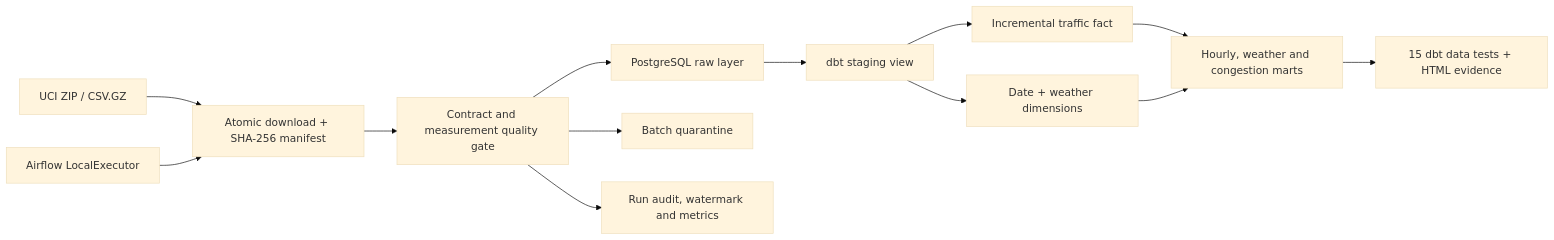
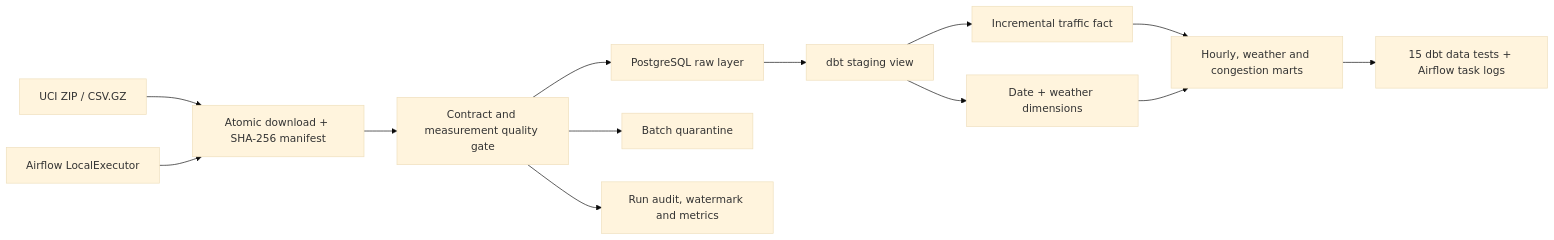
The diagram in README.md (npgb2505/traffic-data-warehouse-local), drawn with Mermaid (base theme) before and after one commit. The commit also changed other lines of this file and 4 other files, not shown here.

Commit message:
docs: add real Airflow and dbt execution screenshots

````diff
--- a/README.md
+++ b/README.md
@@ -25,15 +25,15 @@
 ```mermaid
 flowchart LR
     A["UCI ZIP / CSV.GZ"] --> B["Atomic download + SHA-256 manifest"]
     B --> C["Contract and measurement quality gate"]
     C --> R["PostgreSQL raw layer"]
     C --> Q["Batch quarantine"]
     R --> S["dbt staging view"]
     S --> F["Incremental traffic fact"]
     S --> D["Date + weather dimensions"]
     F --> M["Hourly, weather and congestion marts"]
     D --> M
-    M --> T["15 dbt data tests + HTML evidence"]
+    M --> T["15 dbt data tests + Airflow task logs"]
     C --> O["Run audit, watermark and metrics"]
     AF["Airflow LocalExecutor"] --> B
 ```
````
